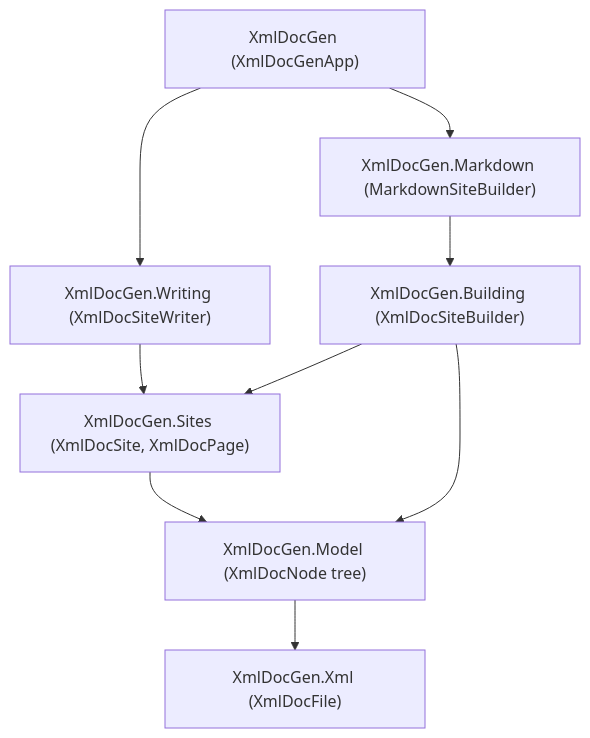
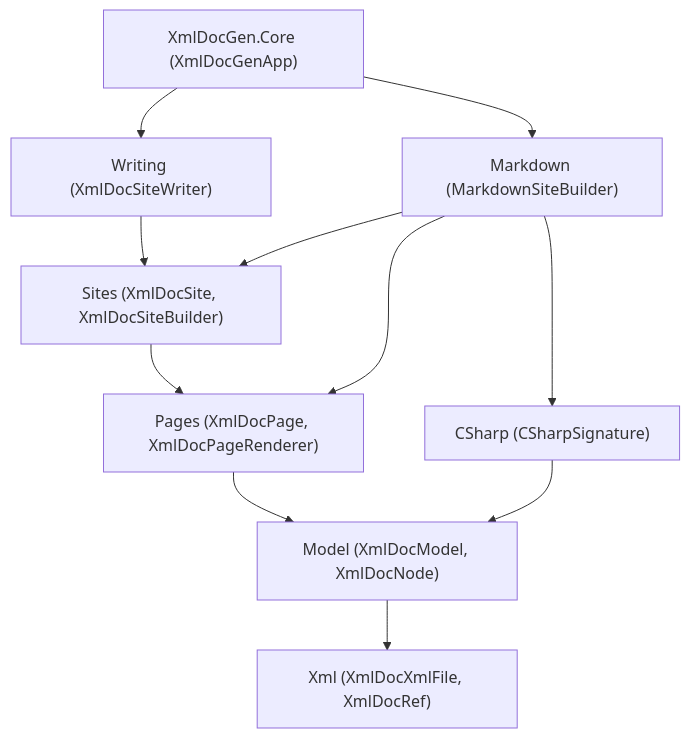
Before and after one commit to ejball/XmlDocMarkdown: the diagram in plans/XmlDocGen.md, drawn with Mermaid. The commit also changed other lines of this file, not shown here.

Commit message:
Revise XmlDocGen plan per review feedback

````diff
--- a/plans/XmlDocGen.md
+++ b/plans/XmlDocGen.md
@@ -41,11 +48,13 @@
 ```mermaid
 graph TD
-    App["XmlDocGen (XmlDocGenApp)"] --> Writer["XmlDocGen.Writing (XmlDocSiteWriter)"]
-    Writer --> Sites["XmlDocGen.Sites (XmlDocSite, XmlDocPage)"]
-    App --> Markdown["XmlDocGen.Markdown (MarkdownSiteBuilder)"]
-    Markdown --> Building["XmlDocGen.Building (XmlDocSiteBuilder)"]
-    Building --> Sites
-    Building --> Model["XmlDocGen.Model (XmlDocNode tree)"]
-    Sites --> Model
-    Model --> Xml["XmlDocGen.Xml (XmlDocFile)"]
+    App["XmlDocGen.Core (XmlDocGenApp)"] --> Writing["Writing (XmlDocSiteWriter)"]
+    App --> Markdown["Markdown (MarkdownSiteBuilder)"]
+    Writing --> Sites["Sites (XmlDocSite, XmlDocSiteBuilder)"]
+    Markdown --> Sites
+    Markdown --> Pages["Pages (XmlDocPage, XmlDocPageRenderer)"]
+    Markdown --> CSharp["CSharp (CSharpSignature)"]
+    Sites --> Pages
+    Pages --> Model["Model (XmlDocModel, XmlDocNode)"]
+    CSharp --> Model
+    Model --> Xml["Xml (XmlDocXmlFile, XmlDocRef)"]
 ```
````
